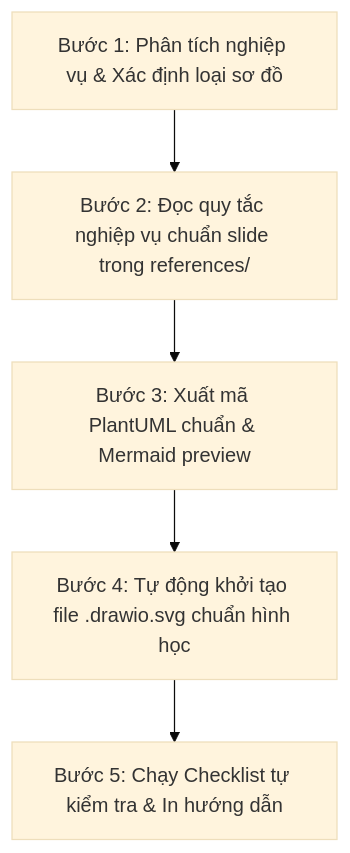
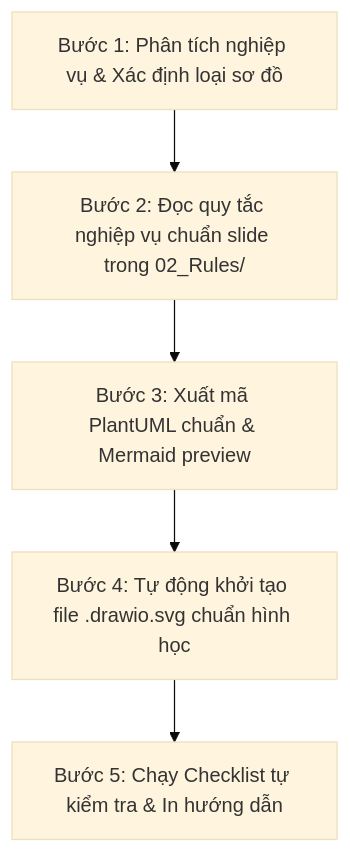
One commit to YdtTran/software-engineerning changed the diagram in .agents/skills/uml-designer/SKILL.md. Above: the diagram before and after it, drawn with Mermaid (base theme). The commit also changed other lines of this file and 217 other files, not shown here.

````diff
--- a/.agents/skills/uml-designer/SKILL.md
+++ b/.agents/skills/uml-designer/SKILL.md
@@ -76,7 +76,7 @@
 ```mermaid
 flowchart TD
-    Step1["Bước 1: Phân tích nghiệp vụ & Xác định loại sơ đồ"] --> Step2["Bước 2: Đọc quy tắc nghiệp vụ chuẩn slide trong references/"]
+    Step1["Bước 1: Phân tích nghiệp vụ & Xác định loại sơ đồ"] --> Step2["Bước 2: Đọc quy tắc nghiệp vụ chuẩn slide trong 02_Rules/"]
     Step2 --> Step3["Bước 3: Xuất mã PlantUML chuẩn & Mermaid preview"]
     Step3 --> Step4["Bước 4: Tự động khởi tạo file .drawio.svg chuẩn hình học"]
     Step4 --> Step5["Bước 5: Chạy Checklist tự kiểm tra & In hướng dẫn"]
 ```
````
